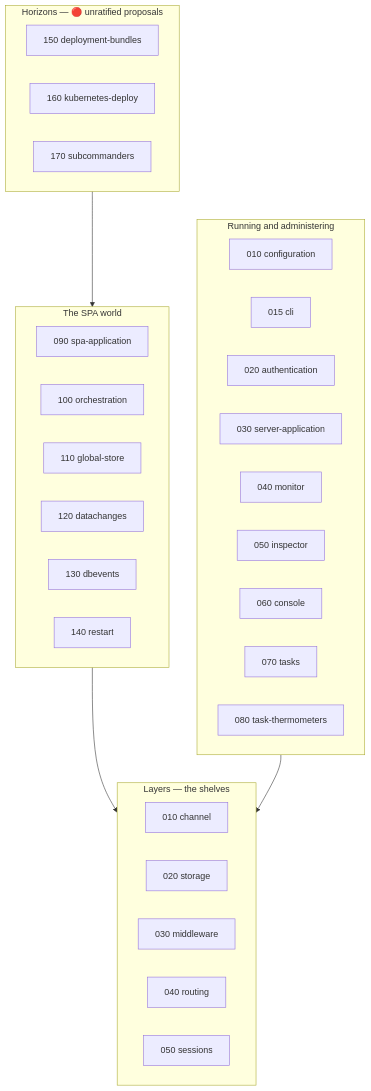
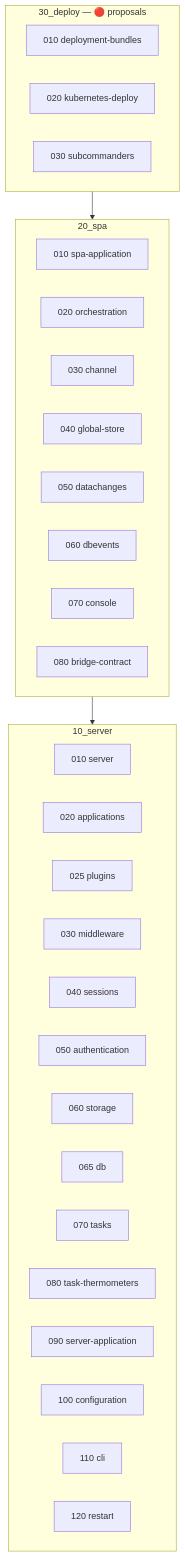
The first of 2 diagrams in internals/00_overview/README.md (genropy/genro-asgi), drawn with Mermaid before and after one commit. The commit also changed other lines of this file and 126 other files, not shown here.

````diff
--- a/internals/00_overview/README.md
+++ b/internals/00_overview/README.md
@@ -34,37 +50,36 @@
 ```mermaid
 flowchart TB
-    subgraph HZ ["Horizons — 🔴 unratified proposals"]
-        DEP["150 deployment-bundles"]
-        K8S["160 kubernetes-deploy"]
-        SUB["170 subcommanders"]
+    subgraph D30 ["30_deploy — 🔴 proposals"]
+        BUN["010 deployment-bundles"]
+        K8S["020 kubernetes-deploy"]
+        SUB["030 subcommanders"]
     end
-    subgraph SPAW ["The SPA world"]
-        SPA["090 spa-application"]
-        ORC["100 orchestration"]
-        GS["110 global-store"]
-        DC["120 datachanges"]
-        DB["130 dbevents"]
-        RS["140 restart"]
+    subgraph D20 ["20_spa"]
+        SPA["010 spa-application"]
+        ORC["020 orchestration"]
+        CH["030 channel"]
+        GS["040 global-store"]
+        DC["050 datachanges"]
+        DB["060 dbevents"]
+        CON["070 console"]
+        BRC["080 bridge-contract"]
     end
-    subgraph ADM ["Running and administering"]
-        CFG["010 configuration"]
-        CLI["015 cli"]
-        AUTH["020 authentication"]
-        SRV["030 server-application"]
-        MON["040 monitor"]
-        INS["050 inspector"]
-        CON["060 console"]
+    subgraph D10 ["10_server"]
+        SRV["010 server"]
+        APP["020 applications"]
+        PLG["025 plugins"]
+        MW["030 middleware"]
+        SES["040 sessions"]
+        AUTH["050 authentication"]
+        STO["060 storage"]
+        DBH["065 db"]
         TSK["070 tasks"]
         TH["080 task-thermometers"]
+        SAPP["090 server-application"]
+        CFG["100 configuration"]
+        CLI["110 cli"]
+        RST["120 restart"]
     end
-    subgraph LAY ["Layers — the shelves"]
-        CH["010 channel"]
-        ST["020 storage"]
-        MW["030 middleware"]
-        RT["040 routing"]
-        SES["050 sessions"]
-    end
-    HZ --> SPAW
-    SPAW --> LAY
-    ADM --> LAY
+    D30 --> D20
+    D20 --> D10
 ```
````
